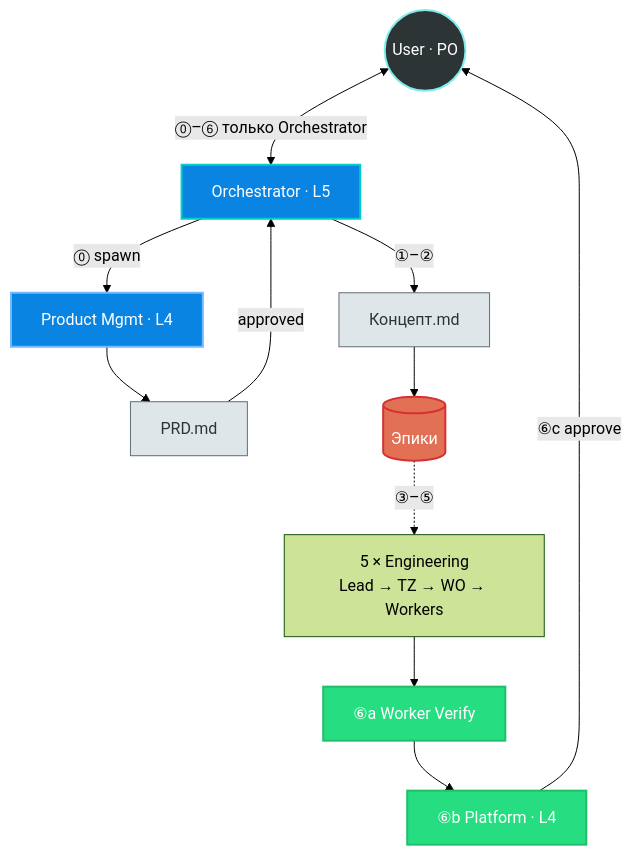
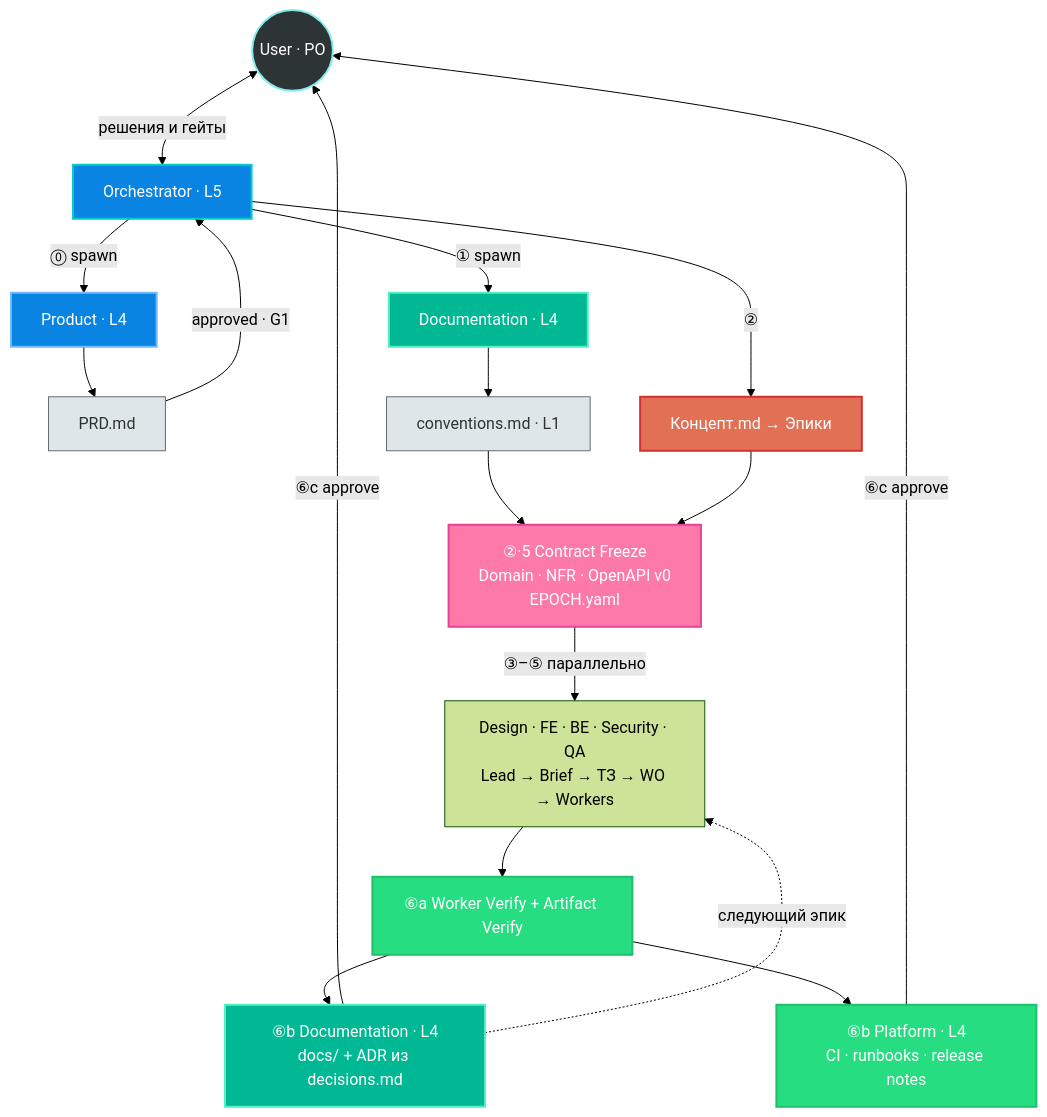
Diagram 11 of 21 in docs/architecture/orchestra-routing.md (GreyKxtx/Orchestra), drawn with Mermaid (forest theme) before and after one commit. The commit also changed other lines of this file and 108 other files, not shown here.

First line of the commit message:
feat(orchestra): vNext SDLC runtime — gates, contract epoch, question barrier, tier labels

````diff
--- a/docs/architecture/orchestra-routing.md
+++ b/docs/architecture/orchestra-routing.md
@@ -510,22 +977,31 @@
 ```mermaid
 flowchart TB
     classDef user fill:#2d3436,stroke:#81ecec,stroke-width:2px,color:#fff
     classDef orch fill:#0984e3,stroke:#00cec9,stroke-width:2px,color:#fff
     classDef pm fill:#0984e3,stroke:#74b9ff,stroke-width:2px,color:#fff
+    classDef docs fill:#00b894,stroke:#55efc4,stroke-width:2px,color:#fff
     classDef tracker fill:#e17055,stroke:#d63031,stroke-width:2px,color:#fff
     classDef release fill:#26de81,stroke:#20bf6b,stroke-width:2px,color:#fff
     classDef artifact fill:#dfe6e9,stroke:#636e72,color:#2d3436
+    classDef freeze fill:#fd79a8,stroke:#e84393,stroke-width:2px,color:#fff
 
     User(("User · PO")):::user
+    Orchestrator["Orchestrator · L5"]:::orch
 
-    User <-->|"⓪–⑥ только Orchestrator"| Orchestrator["Orchestrator · L5"]:::orch
-    Orchestrator -->|"⓪ spawn"| PM["Product Mgmt · L4"]:::pm
+    User <-->|"решения и гейты"| Orchestrator
+    Orchestrator -->|"⓪ spawn"| PM["Product · L4"]:::pm
     PM --> PRD["PRD.md"]:::artifact
-    PRD -->|"approved"| Orchestrator
-    Orchestrator -->|"①–②"| Scope["Концепт.md"]:::artifact
-    Scope --> Epics[("Эпики")]:::tracker
-    Epics -.->|"③–⑤"| Depts["5 × Engineering<br>Lead → TZ → WO → Workers"]
-    Depts --> Gate["⑥a Worker Verify"]:::release
-    Gate --> Plat["⑥b Platform · L4"]:::release
+    PRD -->|"approved · G1"| Orchestrator
+    Orchestrator -->|"① spawn"| Docs["Documentation · L4"]:::docs
+    Docs --> PB["conventions.md · L1"]:::artifact
+    Orchestrator -->|"②"| Scope["Концепт.md → Эпики"]:::tracker
+    PB --> Freeze
+    Scope --> Freeze["②·5 Contract Freeze<br>Domain · NFR · OpenAPI v0<br>EPOCH.yaml"]:::freeze
+    Freeze -->|"③–⑤ параллельно"| Depts["Design · FE · BE · Security · QA<br>Lead → Brief → ТЗ → WO → Workers"]
+    Depts --> Gate["⑥a Worker Verify + Artifact Verify"]:::release
+    Gate --> Docs6["⑥b Documentation · L4<br>docs/ + ADR из decisions.md"]:::docs
+    Gate --> Plat["⑥b Platform · L4<br>CI · runbooks · release notes"]:::release
+    Docs6 -->|"⑥c approve"| User
     Plat -->|"⑥c approve"| User
+    Docs6 -.->|"следующий эпик"| Depts
 ```
````
